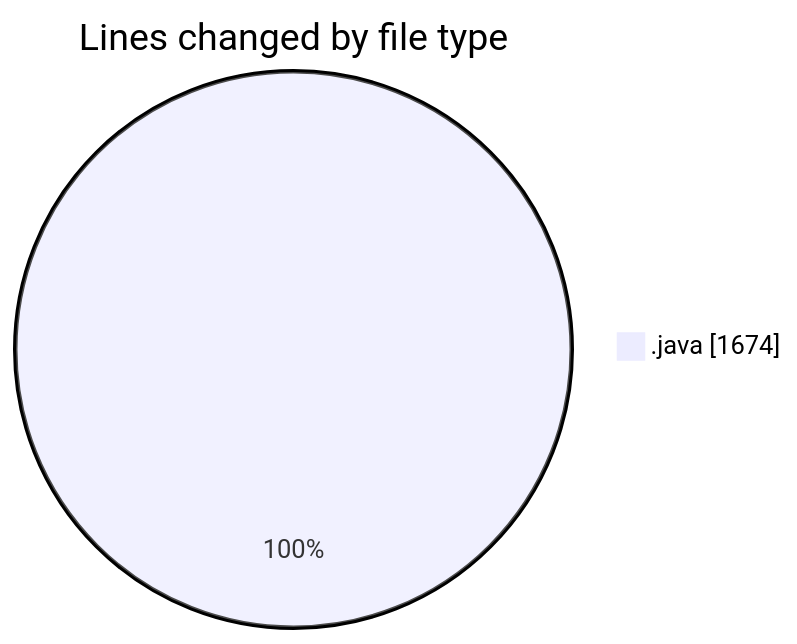
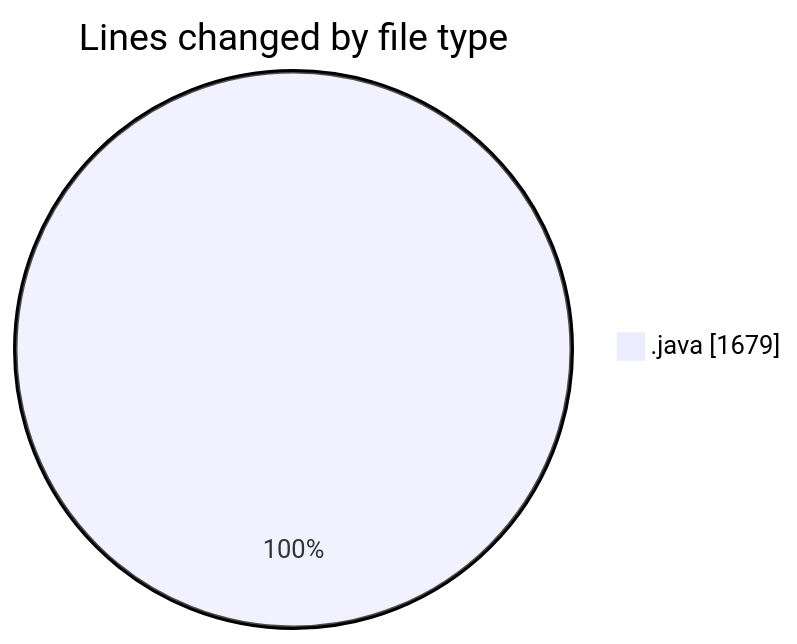
Before and after one commit to ricardozamudiocil/code-tracking: the first of 2 diagrams in 2026-09-30/cilreports__workspace_/README.md, drawn with Mermaid. The commit also changed other lines of this file and 1 other file, not shown here.

````diff
--- a/2026-09-30/cilreports__workspace_/README.md
+++ b/2026-09-30/cilreports__workspace_/README.md
@@ -22,5 +22,5 @@
 ```mermaid
 pie showData
 title Lines changed by file type
-".java" : 1674
+".java" : 1679
 ```
````
